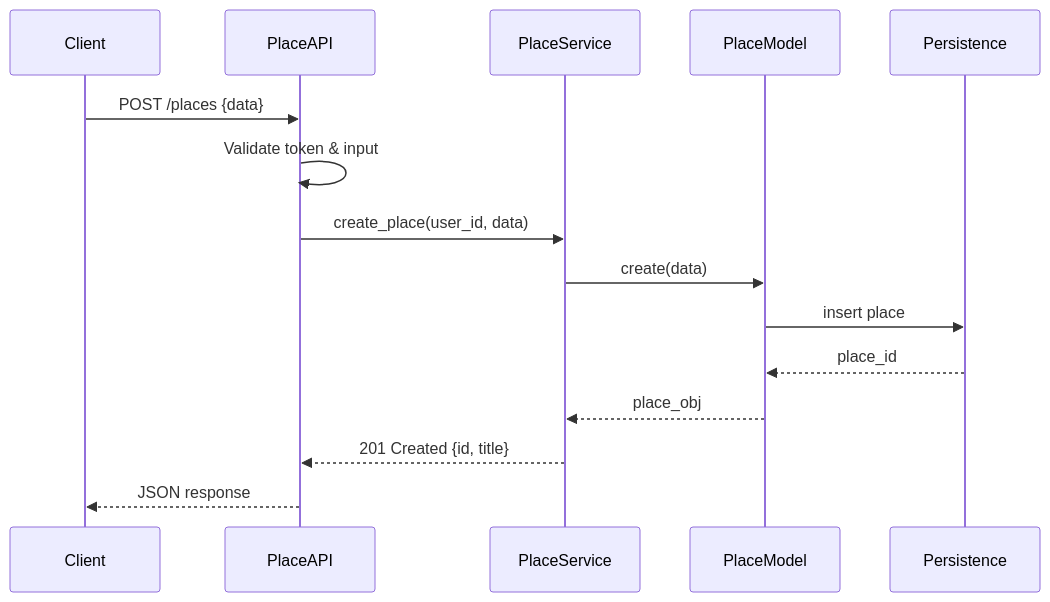
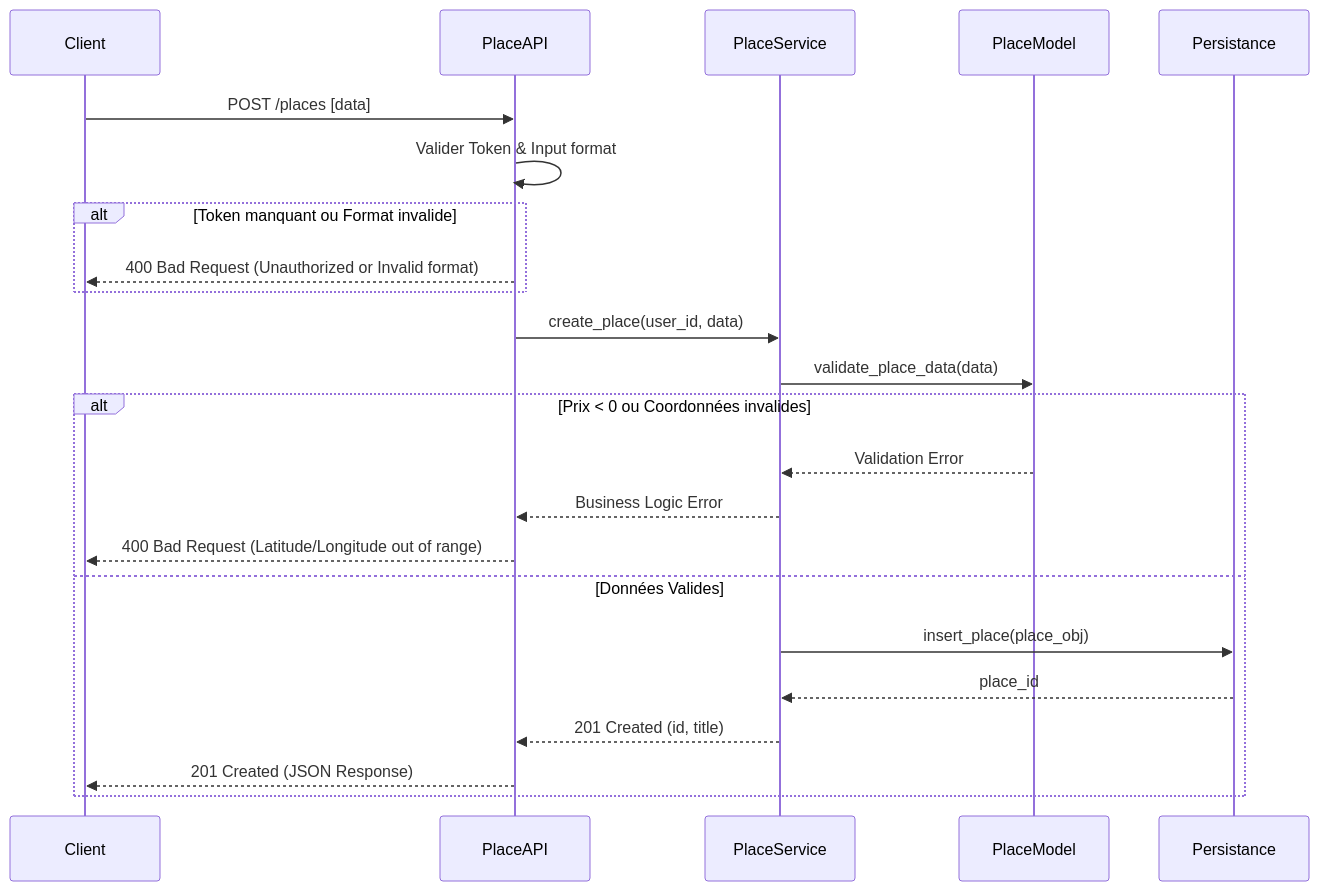
The second of 4 diagrams in part1/Sequence_Diagrams.md (laetitiagrondin/holbertonschool-hbnb), drawn with Mermaid before and after one commit. The commit also changed other lines of this file, not shown here.

First line of the commit message:
Enhance sequence diagrams for user registration and place creation

````diff
--- a/part1/Sequence_Diagrams.md
+++ b/part1/Sequence_Diagrams.md
@@ -25,18 +35,29 @@
 ```mermaid
 sequenceDiagram
-    participant Client
-    participant PlaceAPI
-    participant PlaceService
-    participant PlaceModel
-    participant Persistence
+    participant C as Client
+    participant A as PlaceAPI
+    participant S as PlaceService
+    participant M as PlaceModel
+    participant P as Persistance
 
-    Client->>PlaceAPI: POST /places {data}
-    PlaceAPI->>PlaceAPI:Validate token & input
-    PlaceAPI->>PlaceService: create_place(user_id, data)
-    PlaceService->>PlaceModel: create(data)
-    PlaceModel->>Persistence: insert place
-    Persistence-->>PlaceModel: place_id
-    PlaceModel-->>PlaceService: place_obj
-    PlaceService-->>PlaceAPI: 201 Created {id, title}
-    PlaceAPI-->>Client: JSON response
+    C->>A: POST /places [data]
+    A->>A: Valider Token & Input format
+    
+    alt Token manquant ou Format invalide
+        A-->>C: 400 Bad Request (Unauthorized or Invalid format)
+    end
+
+    A->>S: create_place(user_id, data)
+    S->>M: validate_place_data(data)
+    
+    alt Prix < 0 ou Coordonnées invalides
+        M-->>S: Validation Error
+        S-->>A: Business Logic Error
+        A-->>C: 400 Bad Request (Latitude/Longitude out of range)
+    else Données Valides
+        S->>P: insert_place(place_obj)
+        P-->>S: place_id
+        S-->>A: 201 Created (id, title)
+        A-->>C: 201 Created (JSON Response)
+    end
 ```
````
